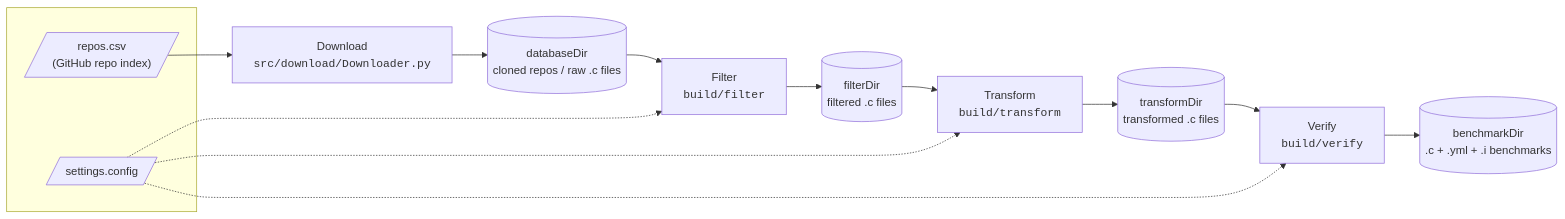
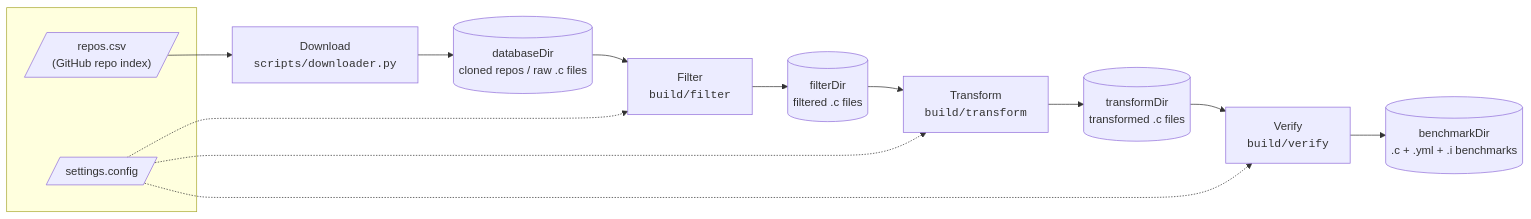
Before and after one commit to unl-pal/argv-c-transformer: the first of 2 diagrams in docs/Design.md, drawn with Mermaid. The commit also changed 6 other files, not shown here.

````diff
--- a/docs/Design.md
+++ b/docs/Design.md
@@ -22,30 +22,30 @@
 ```mermaid
 flowchart LR
     subgraph inputs[" "]
         CSV[/"repos.csv<br/>(GitHub repo index)"/]
         CFG[/"settings.config"/]
     end
 
-    DL["Download<br/><code>src/download/Downloader.py</code>"]
+    DL["Download<br/><code>scripts/downloader.py</code>"]
     FI["Filter<br/><code>build/filter</code>"]
     TR["Transform<br/><code>build/transform</code>"]
     VF["Verify<br/><code>build/verify</code>"]
 
     DB[("databaseDir<br/>cloned repos / raw .c files")]
     FD[("filterDir<br/>filtered .c files")]
     TD[("transformDir<br/>transformed .c files")]
     BM[("benchmarkDir<br/>.c + .yml + .i benchmarks")]
 
     CSV --> DL
     DL --> DB
     DB --> FI
     FI --> FD
     FD --> TR
     TR --> TD
     TD --> VF
     VF --> BM
 
     CFG -.-> FI
     CFG -.-> TR
     CFG -.-> VF
 ```
````
